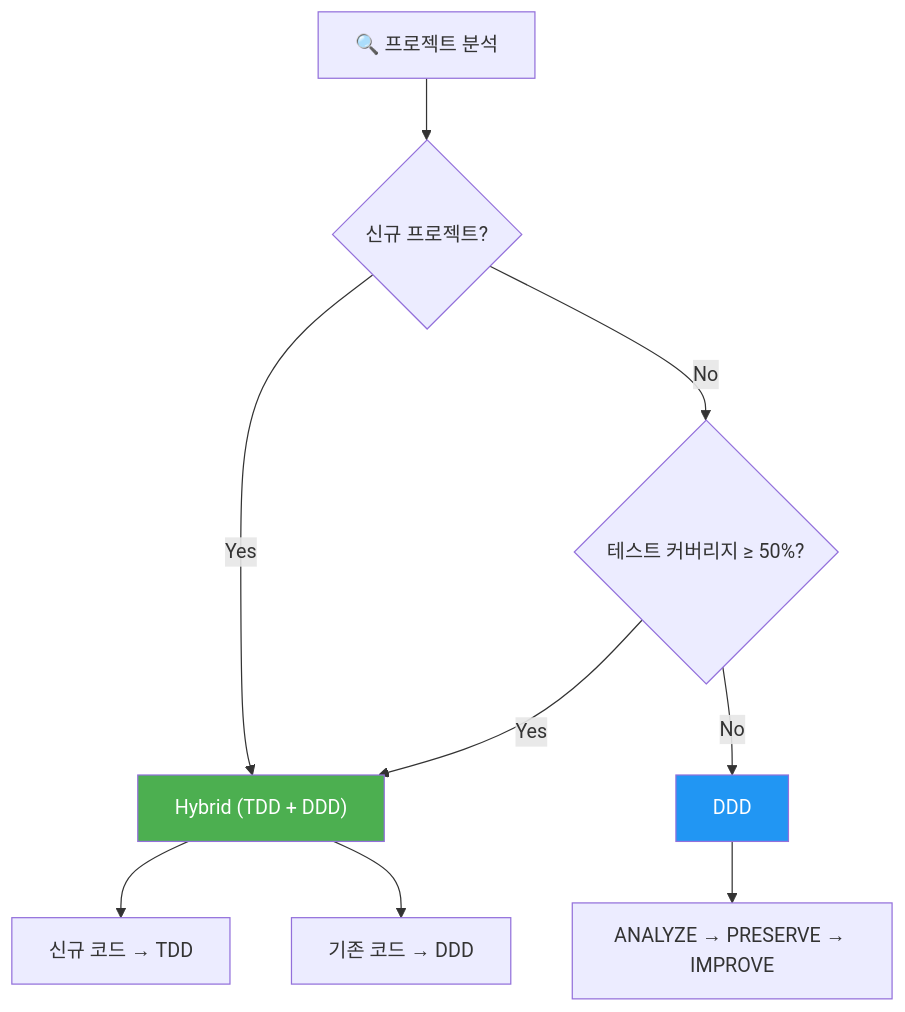
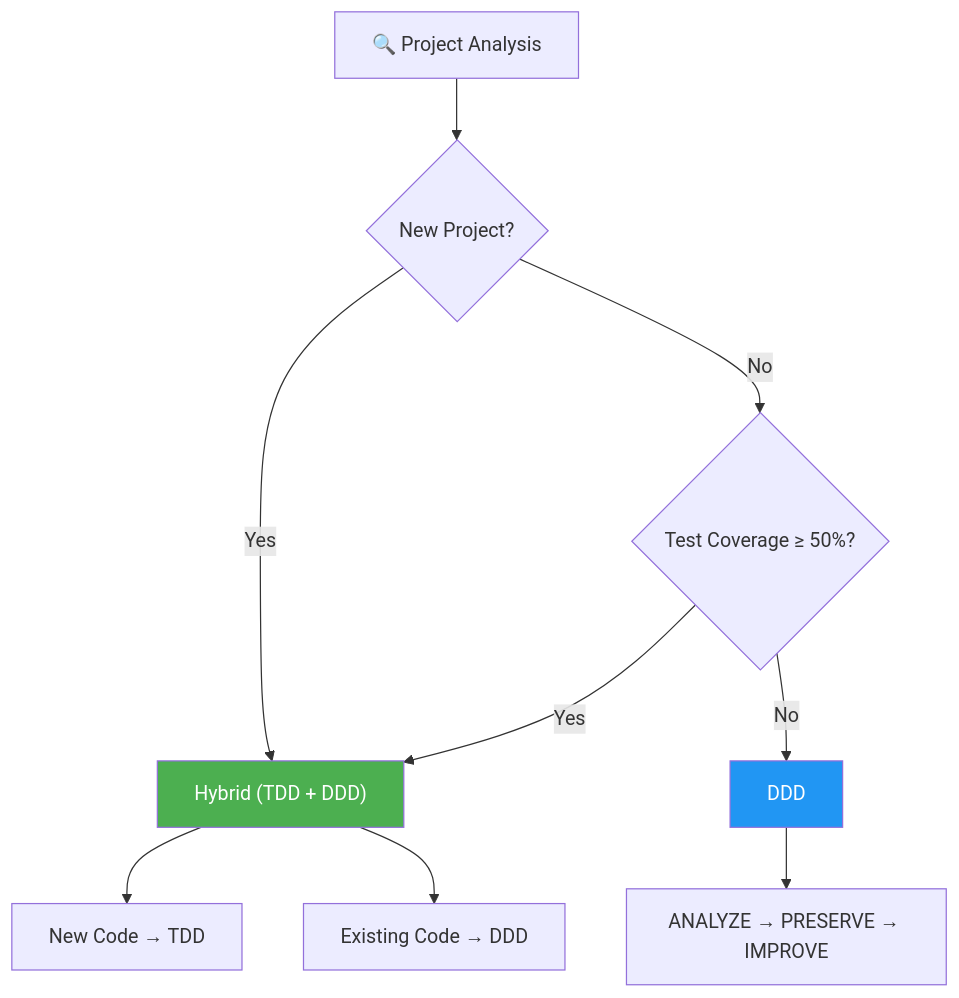
The second of 5 diagrams in README.md (modu-ai/moai-adk), drawn with Mermaid before and after one commit. The commit also changed other lines of this file and 4 other files, not shown here.

````diff
--- a/README.md
+++ b/README.md
@@ -118,14 +118,14 @@
 ```mermaid
 flowchart TD
-    A["🔍 프로젝트 분석"] --> B{"신규 프로젝트?"}
+    A["🔍 Project Analysis"] --> B{"New Project?"}
     B -->|"Yes"| C["Hybrid (TDD + DDD)"]
-    B -->|"No"| D{"테스트 커버리지 ≥ 50%?"}
+    B -->|"No"| D{"Test Coverage ≥ 50%?"}
     D -->|"Yes"| C
     D -->|"No"| E["DDD"]
-    C --> F["신규 코드 → TDD"]
-    C --> G["기존 코드 → DDD"]
+    C --> F["New Code → TDD"]
+    C --> G["Existing Code → DDD"]
     E --> H["ANALYZE → PRESERVE → IMPROVE"]
 
     style C fill:#4CAF50,color:#fff
     style E fill:#2196F3,color:#fff
 ```
````
